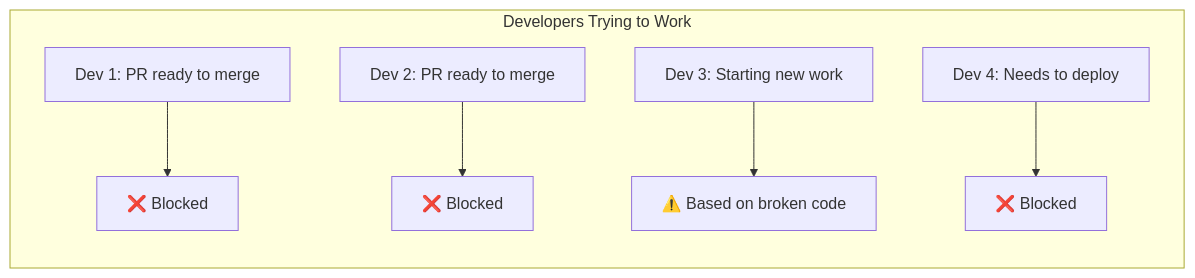
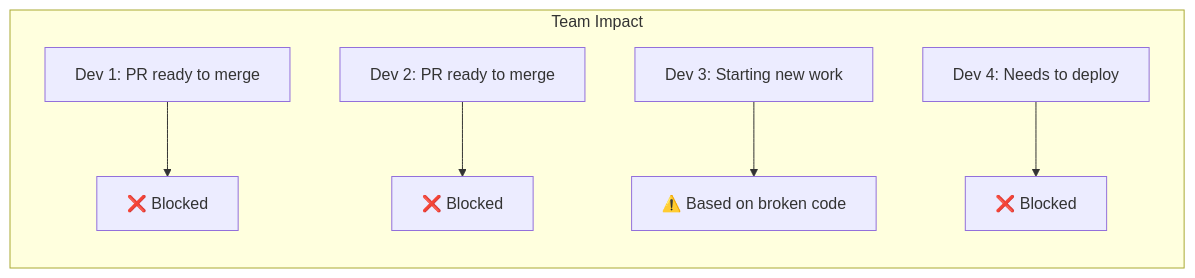
The third of 7 diagrams in src/content/docs/decision/failure-scenarios.md (Mergifyio/merge-queue-academy), drawn with Mermaid before and after one commit. The commit also changed other lines of this file and 7 other files, not shown here.

````diff
--- a/src/content/docs/decision/failure-scenarios.md
+++ b/src/content/docs/decision/failure-scenarios.md
@@ -112,9 +112,9 @@
 ```mermaid
 flowchart LR
-    subgraph "Developers Trying to Work"
+    subgraph "Team Impact"
         D1[Dev 1: PR ready to merge] --> X1[❌ Blocked]
         D2[Dev 2: PR ready to merge] --> X2[❌ Blocked]
         D3[Dev 3: Starting new work] --> X3[⚠️ Based on broken code]
         D4[Dev 4: Needs to deploy] --> X4[❌ Blocked]
     end
 ```
````
